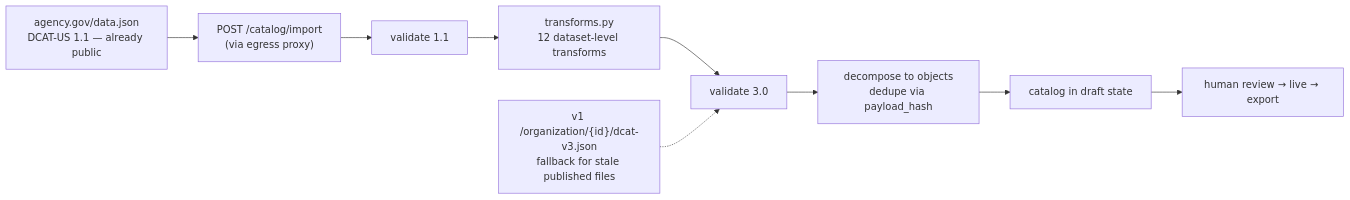
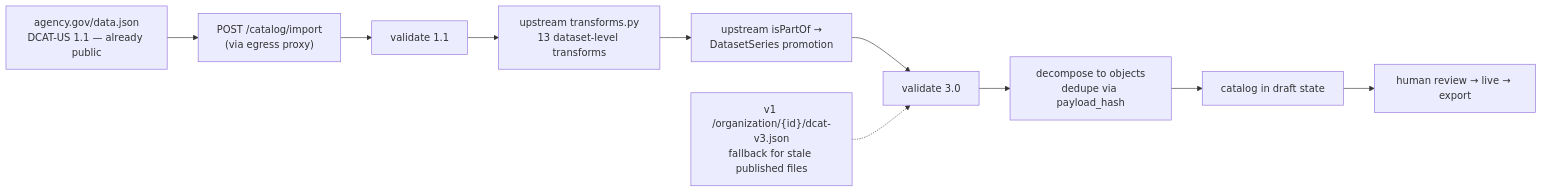
The sixth of 7 diagrams in docs/architecture.md (GSA/datagov-inventory), drawn with Mermaid before and after one commit. The commit also changed other lines of this file and 6 other files, not shown here.

````diff
--- a/docs/architecture.md
+++ b/docs/architecture.md
@@ -441,11 +430,12 @@
 ```mermaid
 flowchart LR
     A["agency.gov/data.json<br/>DCAT-US 1.1 — already public"] --> B["POST /catalog/import<br/>(via egress proxy)"]
     B --> C["validate 1.1"]
-    C --> D["transforms.py<br/>12 dataset-level transforms"]
-    D --> E["validate 3.0"]
+    C --> D["upstream transforms.py<br/>13 dataset-level transforms"]
+    D --> D2["upstream isPartOf →<br/>DatasetSeries promotion"]
+    D2 --> E["validate 3.0"]
     E --> F["decompose to objects<br/>dedupe via payload_hash"]
     F --> G["catalog in draft state"]
     G --> H["human review → live → export"]
     I["v1 /organization/{id}/dcat-v3.json<br/>fallback for stale published files"] -.-> E
 ```
````
